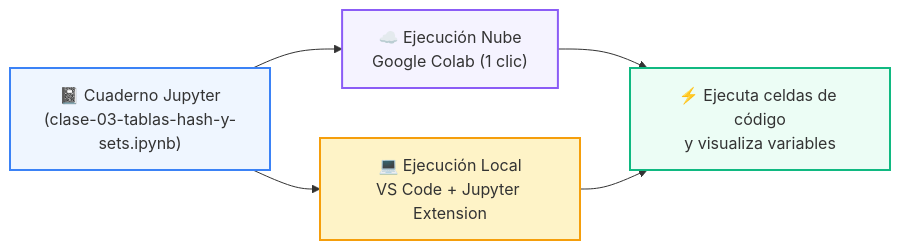
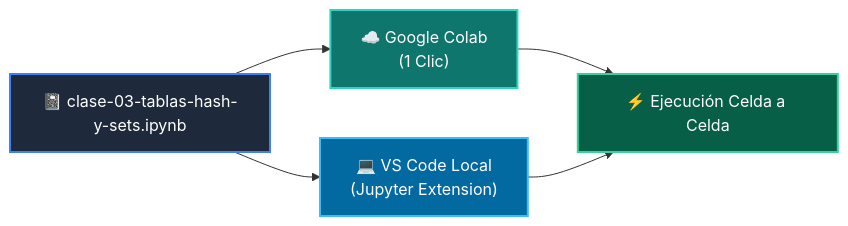
Before and after one commit to wisrovi/wisrovi-python: the diagram in 02-algoritmos-estructuras/clase-03-tablas-hash-y-sets/notebook/README.md, drawn with Mermaid. The commit also changed other lines of this file and 271 other files, not shown here.

Commit message:
docs: rewrite all README.md files with bespoke topic-specific Mermaid diagrams and remove repetitive boilerplate

````diff
--- a/02-algoritmos-estructuras/clase-03-tablas-hash-y-sets/notebook/README.md
+++ b/02-algoritmos-estructuras/clase-03-tablas-hash-y-sets/notebook/README.md
@@ -14,12 +12,12 @@
 ```mermaid
 flowchart LR
-    NB["📓 Cuaderno Jupyter<br/>(clase-03-tablas-hash-y-sets.ipynb)"] --> COLAB["☁️ Ejecución Nube<br/>Google Colab (1 clic)"]
-    NB --> LOCAL["💻 Ejecución Local<br/>VS Code + Jupyter Extension"]
-    COLAB --> RUN["⚡ Ejecuta celdas de código<br/>y visualiza variables"]
+    NB["📓 clase-03-tablas-hash-y-sets.ipynb"] --> COLAB["☁️ Google Colab<br/>(1 Clic)"]
+    NB --> LOCAL["💻 VS Code Local<br/>(Jupyter Extension)"]
+    COLAB --> RUN["⚡ Ejecución Celda a Celda"]
     LOCAL --> RUN
 
-    style NB fill:#eff6ff,stroke:#3b82f6,stroke-width:2px
-    style COLAB fill:#f5f3ff,stroke:#8b5cf6,stroke-width:2px
-    style LOCAL fill:#fef3c7,stroke:#f59e0b,stroke-width:2px
-    style RUN fill:#ecfdf5,stroke:#10b981,stroke-width:2px
+    style NB fill:#1e293b,color:#fff,stroke:#3b82f6,stroke-width:2px
+    style COLAB fill:#0f766e,color:#fff,stroke:#2dd4bf,stroke-width:2px
+    style LOCAL fill:#0369a1,color:#fff,stroke:#38bdf8,stroke-width:2px
+    style RUN fill:#065f46,color:#fff,stroke:#34d399,stroke-width:2px
 ```
````
